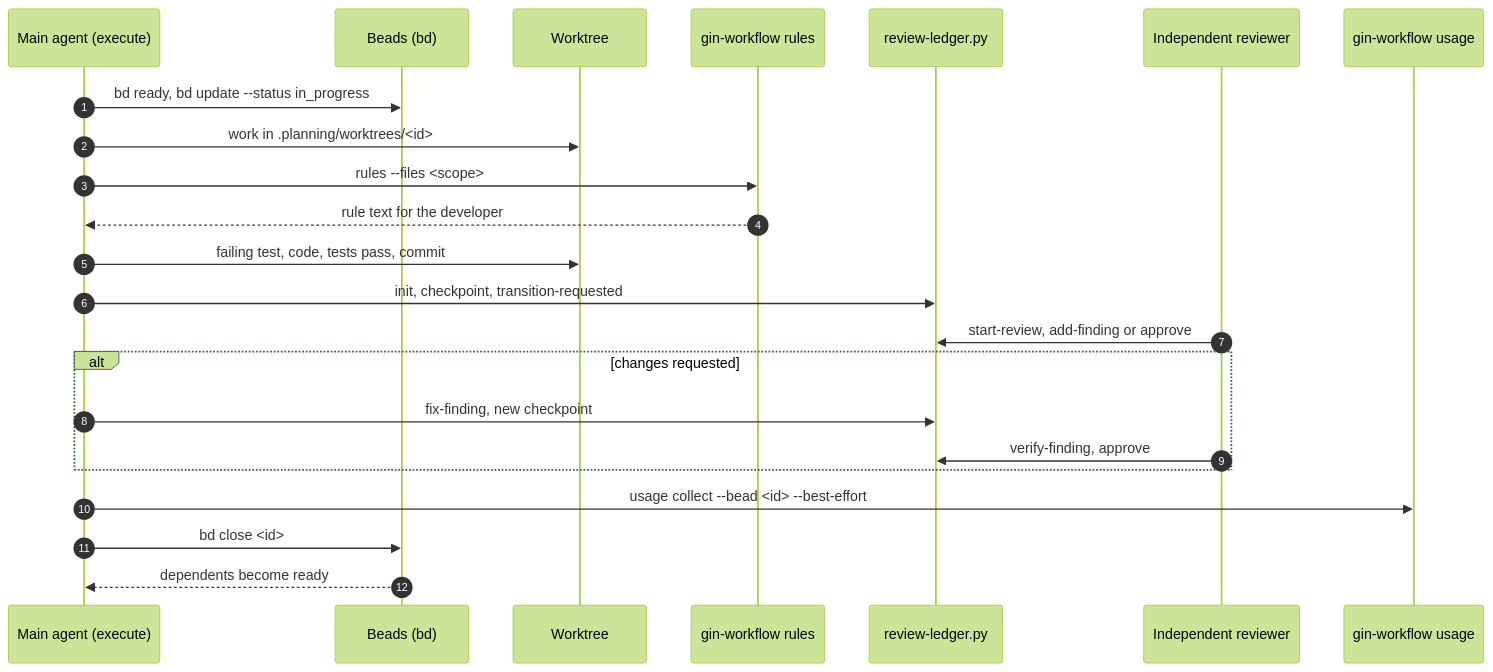
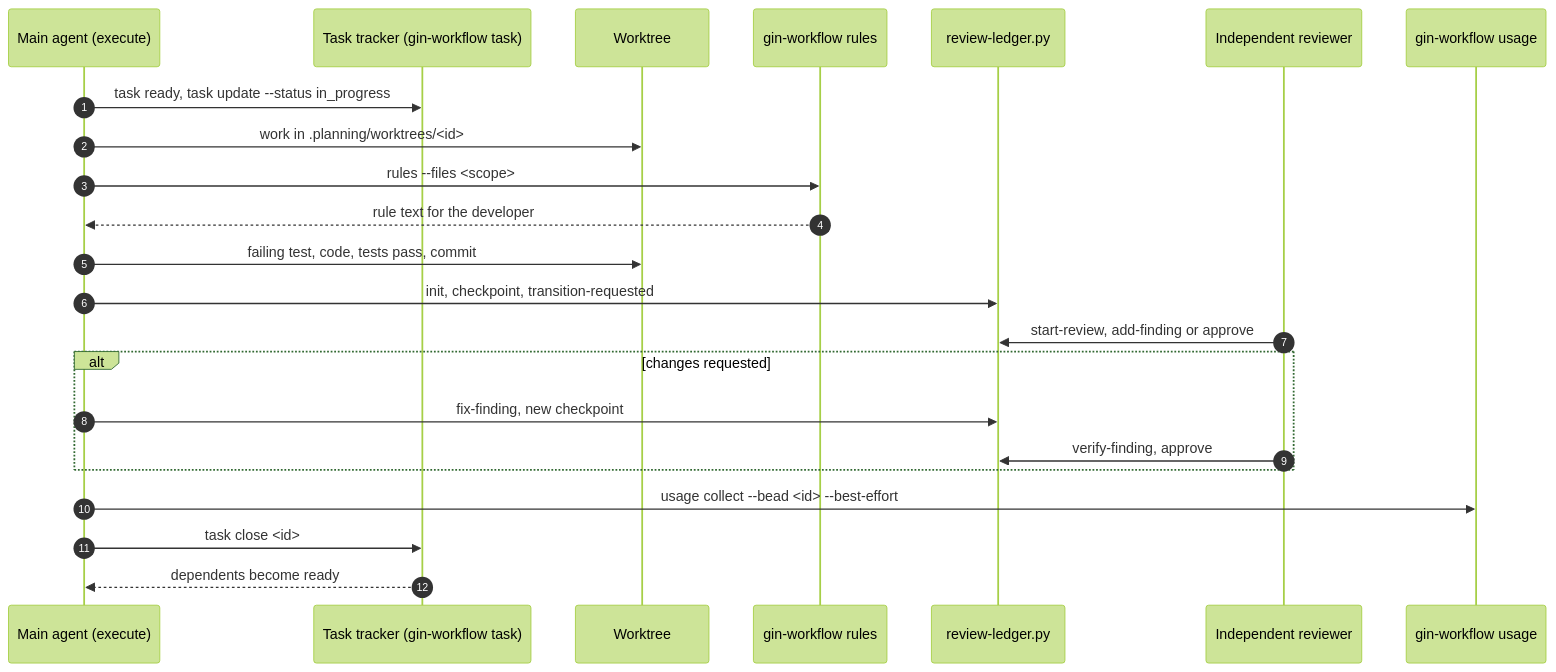
One commit to giangdhwhtbr/gin-workflow changed the third of 6 diagrams in docs/concepts/architecture.md. Above: the diagram before and after it, drawn with Mermaid (forest theme). The commit also changed other lines of this file and 21 other files, not shown here.

First line of the commit message:
docs: describe a single-harness gin-workflow with gin-orchestrator as an extension

````diff
--- a/docs/concepts/architecture.md
+++ b/docs/concepts/architecture.md
@@ -77,25 +80,25 @@
 ```mermaid
 sequenceDiagram
     autonumber
     participant A as Main agent (execute)
-    participant B as Beads (bd)
+    participant B as Task tracker (gin-workflow task)
     participant W as Worktree
     participant R as gin-workflow rules
     participant L as review-ledger.py
     participant V as Independent reviewer
     participant U as gin-workflow usage
-    A->>B: bd ready, bd update --status in_progress
+    A->>B: task ready, task update --status in_progress
     A->>W: work in .planning/worktrees/<id>
     A->>R: rules --files <scope>
     R-->>A: rule text for the developer
     A->>W: failing test, code, tests pass, commit
     A->>L: init, checkpoint, transition-requested
     V->>L: start-review, add-finding or approve
     alt changes requested
         A->>L: fix-finding, new checkpoint
         V->>L: verify-finding, approve
     end
     A->>U: usage collect --bead <id> --best-effort
-    A->>B: bd close <id>
+    A->>B: task close <id>
     B-->>A: dependents become ready
 ```
````
